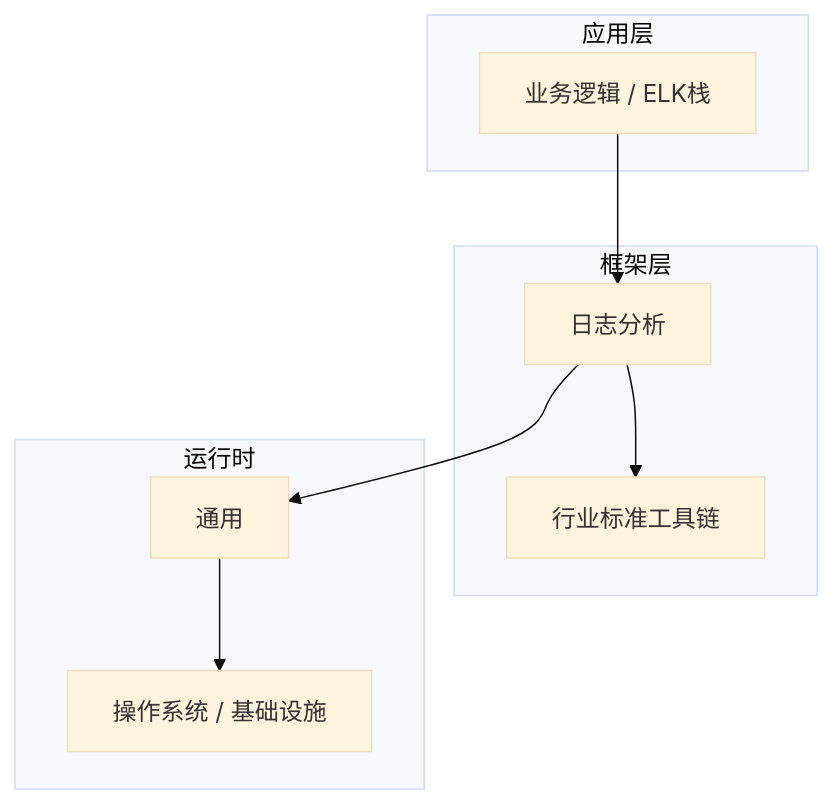
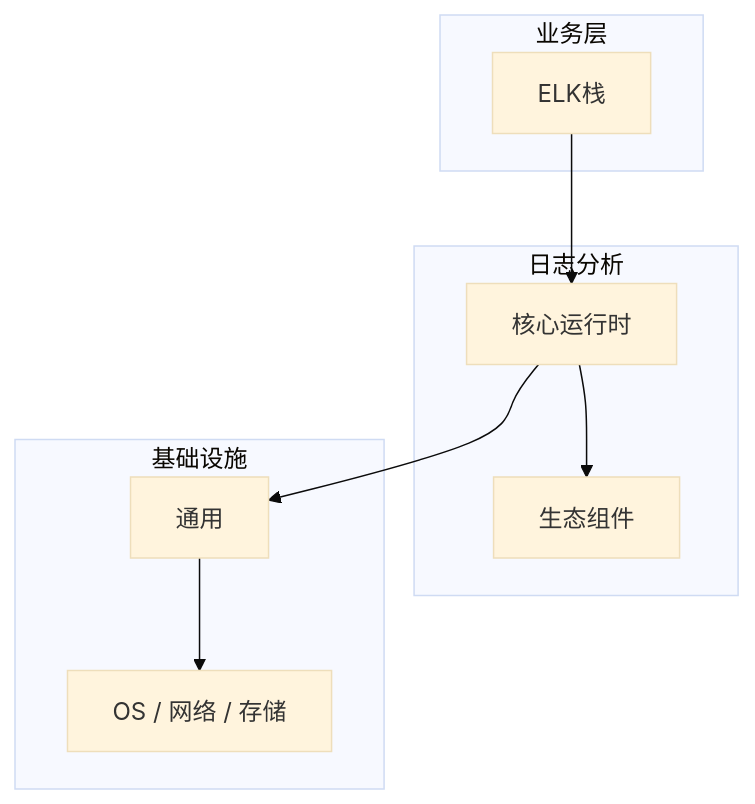
Before and after one commit to yanggan2015/knowledge-json-v2: the diagram in articles/日志分析/chapters/031-ELK栈核心概念与原理.md, drawn with Mermaid (base theme). The commit also changed other lines of this file and 10127 other files, not shown here.

````diff
--- a/articles/日志分析/chapters/031-ELK栈核心概念与原理.md
+++ b/articles/日志分析/chapters/031-ELK栈核心概念与原理.md
@@ -45,18 +34,18 @@
 ```mermaid
 graph TB
-    subgraph 应用层
-        A[业务逻辑 / ELK栈]
+    subgraph 业务层
+        A[ELK栈]
     end
-    subgraph 框架层
-        B[日志分析]
-        C[行业标准工具链]
+    subgraph 日志分析
+        B[核心运行时]
+        C[生态组件]
     end
-    subgraph 运行时
+    subgraph 基础设施
         D[通用]
-        E[操作系统 / 基础设施]
+        E[OS / 网络 / 存储]
     end
     A --> B
     B --> C
     B --> D
     D --> E
 ```
````
